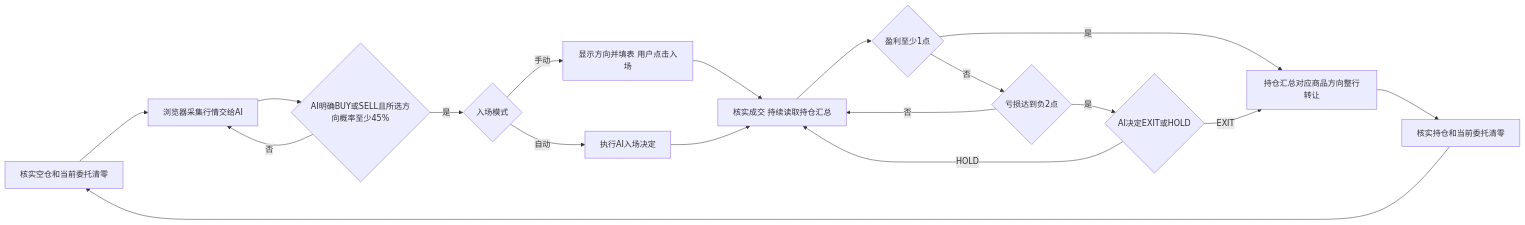
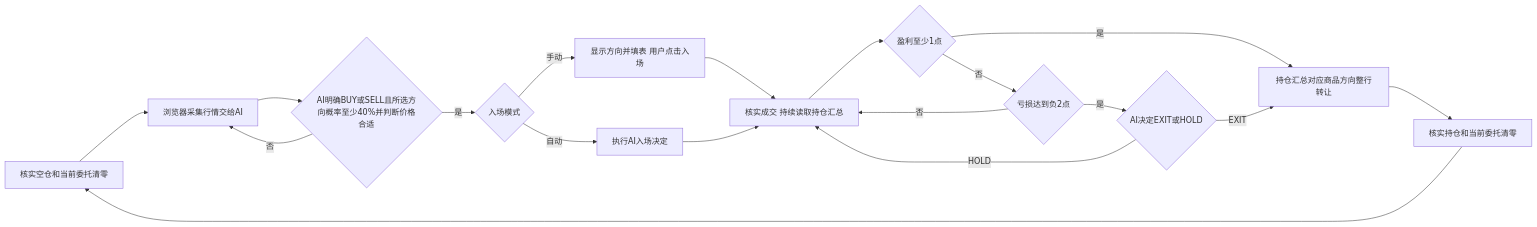
Before and after one commit to zhyebe/ai-k-agent: the diagram in docs/summary-exit-policy.md, drawn with Mermaid. The commit also changed other lines of this file and 23 other files, not shown here.

````diff
--- a/docs/summary-exit-policy.md
+++ b/docs/summary-exit-policy.md
@@ -9,20 +9,20 @@
 ```mermaid
 flowchart LR
   A[核实空仓和当前委托清零] --> B[浏览器采集行情交给AI]
-  B --> C{AI明确BUY或SELL且所选方向概率至少45%}
+  B --> C{AI明确BUY或SELL且所选方向概率至少40%并判断价格合适}
   C -- 否 --> B
   C -- 是 --> D{入场模式}
   D -- 手动 --> E[显示方向并填表 用户点击入场]
   D -- 自动 --> F[执行AI入场决定]
   E --> G[核实成交 持续读取持仓汇总]
   F --> G
   G --> H{盈利至少1点}
   H -- 是 --> J[持仓汇总对应商品方向整行转让]
   H -- 否 --> L{亏损达到负2点}
   L -- 否 --> G
   L -- 是 --> I{AI决定EXIT或HOLD}
   I -- HOLD --> G
   I -- EXIT --> J
   J --> K[核实持仓和当前委托清零]
   K --> A
 ```
````
